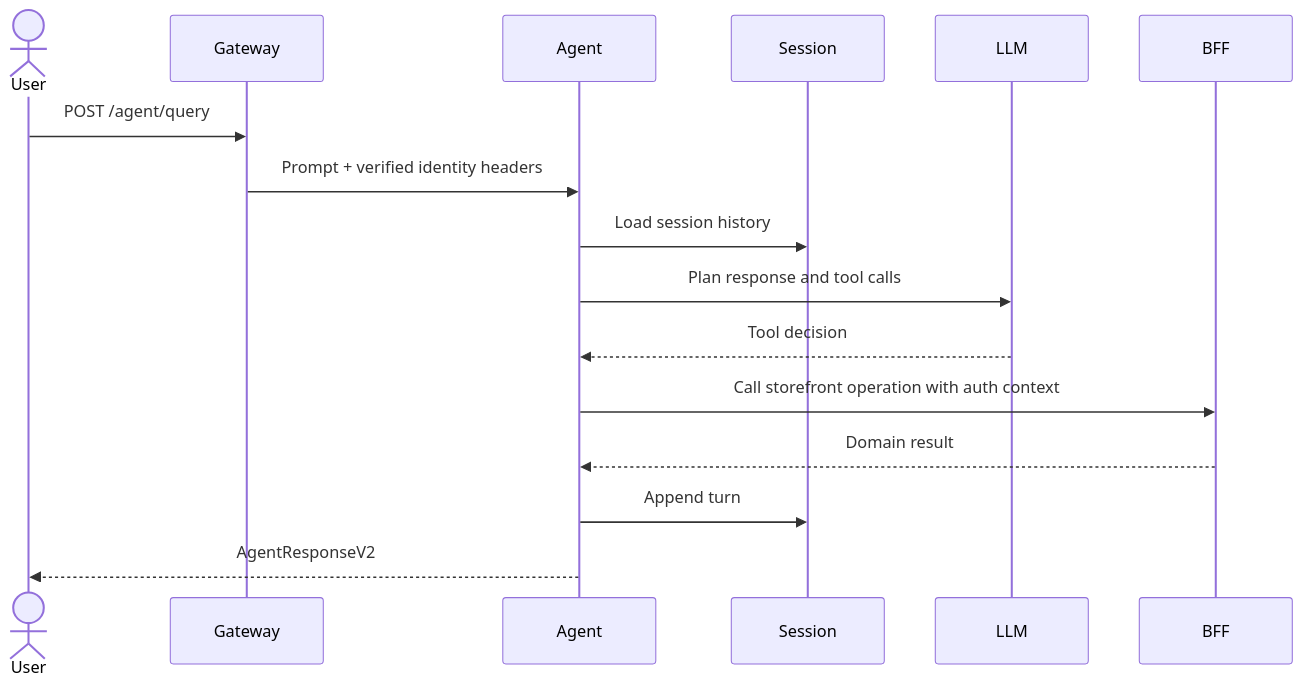
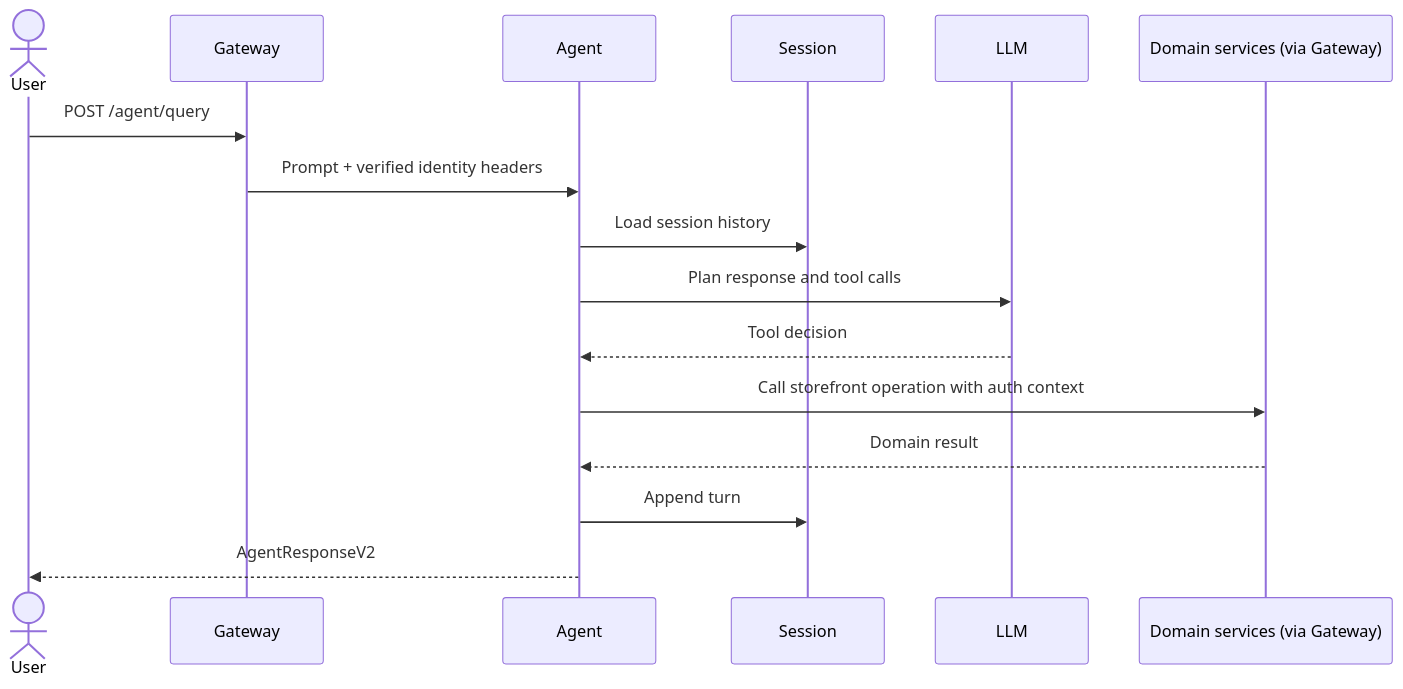
The second of 2 diagrams in backend/services/agent-service/README.md (yashrajoria/E-Commerce-backend), drawn with Mermaid before and after one commit. The commit also changed other lines of this file and 6 other files, not shown here.

````diff
--- a/backend/services/agent-service/README.md
+++ b/backend/services/agent-service/README.md
@@ -29,19 +29,19 @@
 ```mermaid
 sequenceDiagram
   actor User
   participant Gateway
   participant Agent
   participant Session
   participant LLM
-  participant BFF
+  participant Domain as Domain services (via Gateway)
 
   User->>Gateway: POST /agent/query
   Gateway->>Agent: Prompt + verified identity headers
   Agent->>Session: Load session history
   Agent->>LLM: Plan response and tool calls
   LLM-->>Agent: Tool decision
-  Agent->>BFF: Call storefront operation with auth context
-  BFF-->>Agent: Domain result
+  Agent->>Domain: Call storefront operation with auth context
+  Domain-->>Agent: Domain result
   Agent->>Session: Append turn
   Agent-->>User: AgentResponseV2
 ```
````
